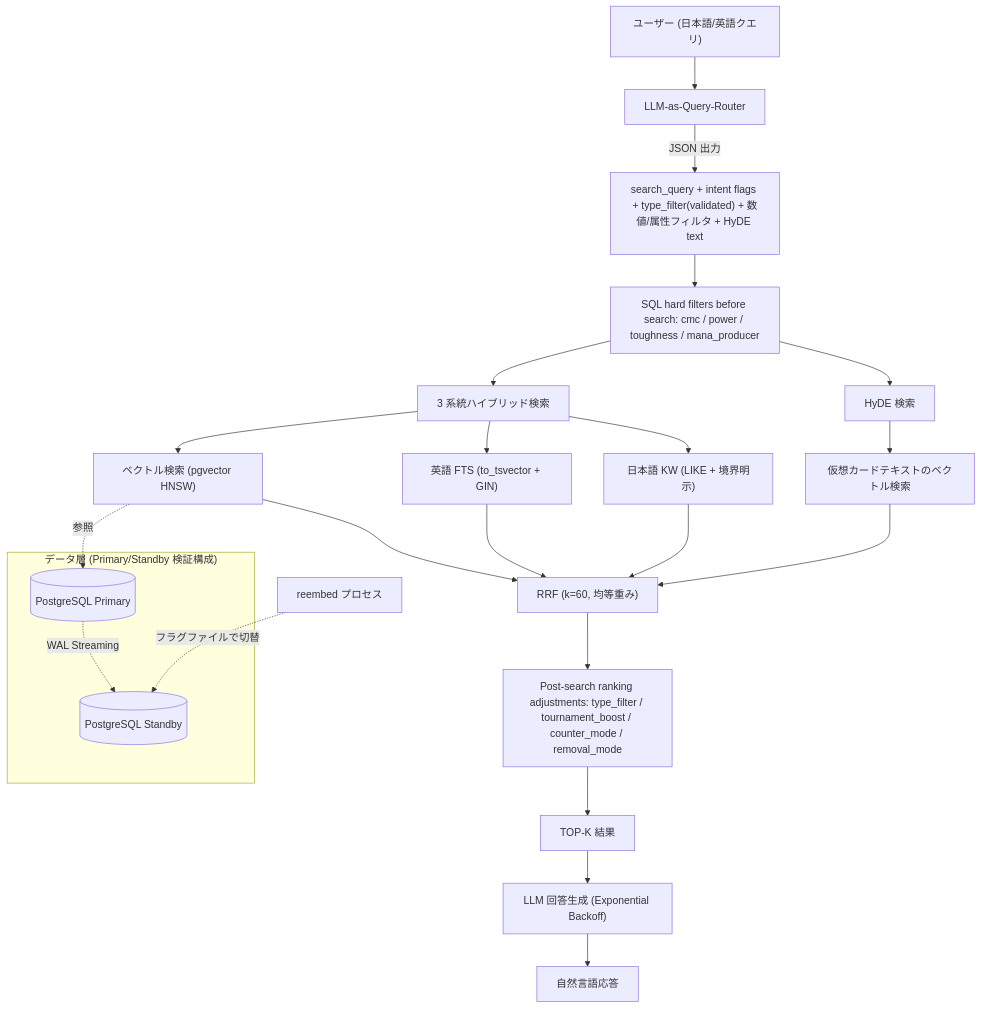
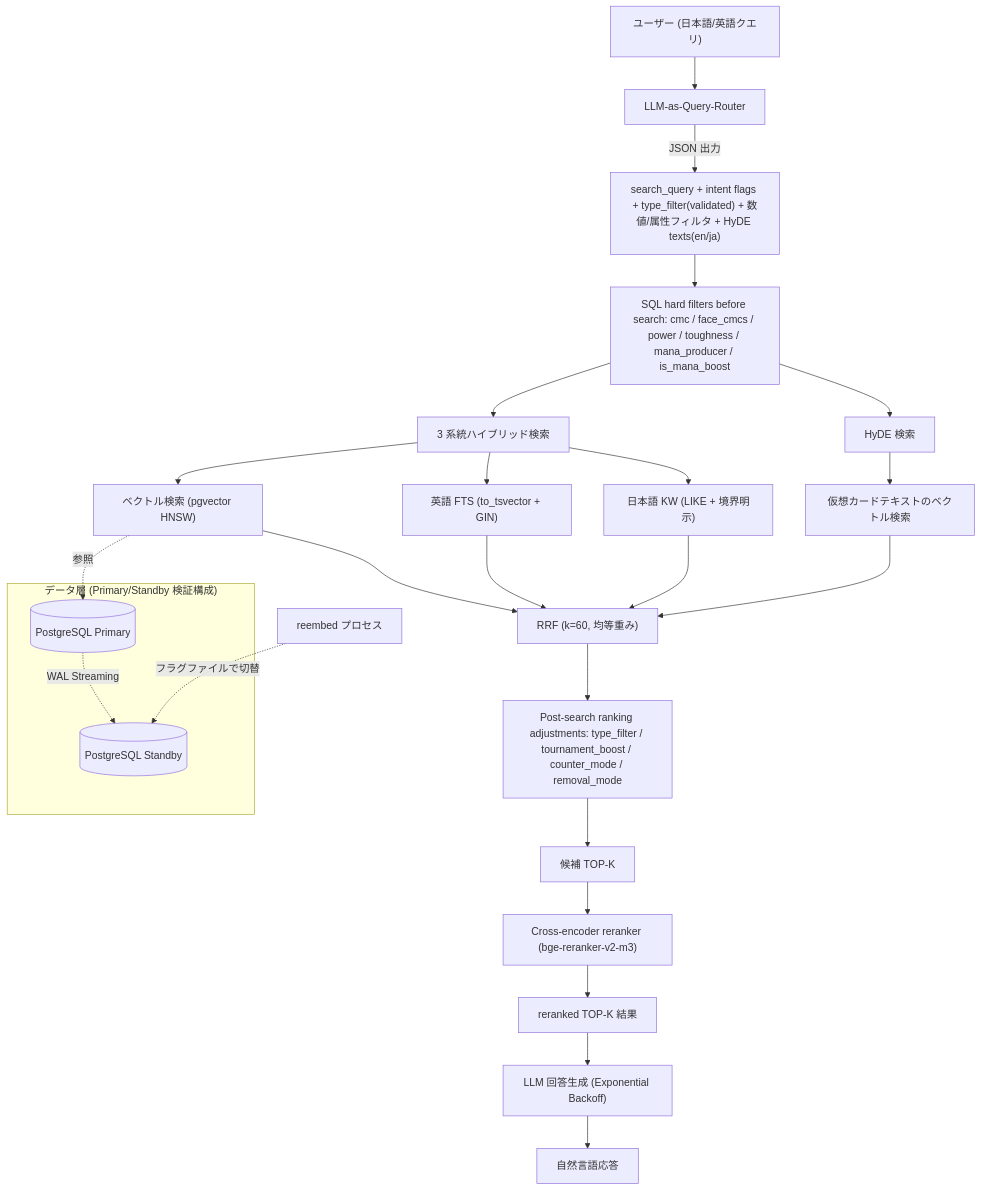
The first of 3 diagrams in README.md (Sakaihashizo/mtg-rag), drawn with Mermaid before and after one commit. The commit also changed other lines of this file and 1 other file, not shown here.

Commit message:
Update README/DATA_MODEL: ja HyDE + reranker + is_mana_boost A/B results, core count 30,982

````diff
--- a/README.md
+++ b/README.md
@@ -46,28 +47,30 @@
 ```mermaid
 flowchart TB
     User["ユーザー (日本語/英語クエリ)"] --> Router["LLM-as-Query-Router"]
-    Router -->|JSON 出力| Parsed["search_query + intent flags + type_filter(validated) + 数値/属性フィルタ + HyDE text"]
-    Parsed --> Hard["SQL hard filters before search: cmc / power / toughness / mana_producer"]
+    Router -->|JSON 出力| Parsed["search_query + intent flags + type_filter(validated) + 数値/属性フィルタ + HyDE texts(en/ja)"]
+    Parsed --> Hard["SQL hard filters before search: cmc / face_cmcs / power / toughness / mana_producer / is_mana_boost"]
     Hard --> Search3[3 系統ハイブリッド検索]
     Hard --> HyDESearch[HyDE 検索]
     Search3 --> Vector["ベクトル検索 (pgvector HNSW)"]
     Search3 --> FTSEN["英語 FTS (to_tsvector + GIN)"]
     Search3 --> FTSJA["日本語 KW (LIKE + 境界明示)"]
     HyDESearch --> VectorHyDE["仮想カードテキストのベクトル検索"]
     Vector --> RRF["RRF (k=60, 均等重み)"]
     FTSEN --> RRF
     FTSJA --> RRF
     VectorHyDE --> RRF
     RRF --> Soft["Post-search ranking adjustments: type_filter / tournament_boost / counter_mode / removal_mode"]
-    Soft --> TopK[TOP-K 結果]
+    Soft --> CandidateTopK[候補 TOP-K]
+    CandidateTopK --> Reranker["Cross-encoder reranker (bge-reranker-v2-m3)"]
+    Reranker --> TopK[reranked TOP-K 結果]
     TopK --> LLM["LLM 回答生成 (Exponential Backoff)"]
     LLM --> Response[自然言語応答]
 
     subgraph "データ層 (Primary/Standby 検証構成)"
         Primary[("PostgreSQL Primary")]
         Standby[("PostgreSQL Standby")]
         Primary -. WAL Streaming .-> Standby
     end
     Vector -. 参照 .-> Primary
     Reembed[reembed プロセス] -. フラグファイルで切替 .-> Standby
 ```
````
